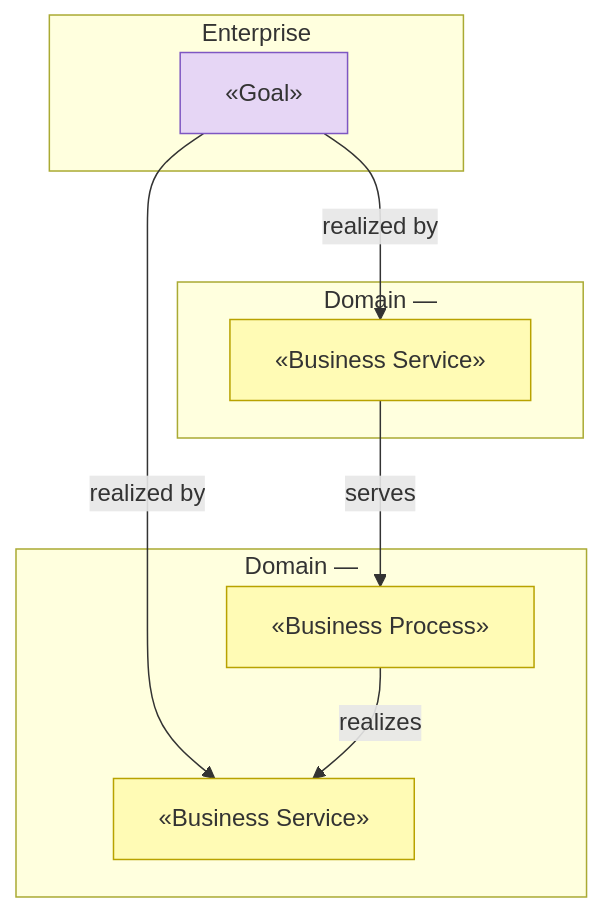
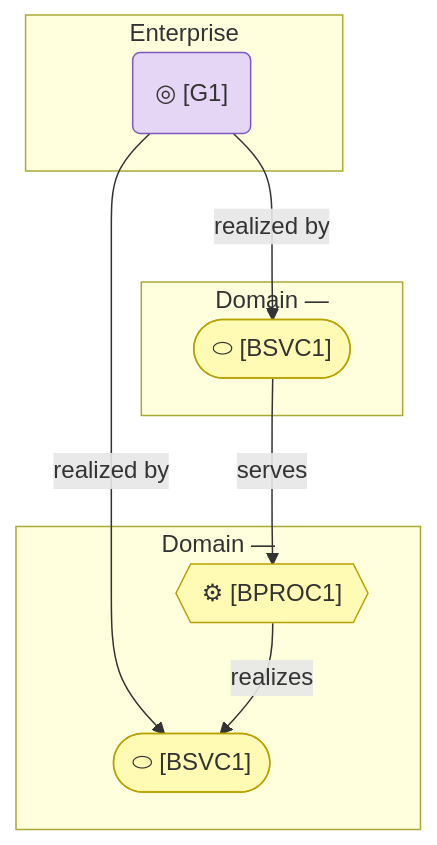
One commit to roanboc/architecture-archreator changed the diagram in .claude/skills/project-bootstrap/templates/architecture/domains/README.md. Above: the diagram before and after it, drawn with Mermaid. The commit also changed 19 other files, not shown here.

First line of the commit message:
feat: levels, macro categories, and quieter diagrams

````diff
--- a/.claude/skills/project-bootstrap/templates/architecture/domains/README.md
+++ b/.claude/skills/project-bootstrap/templates/architecture/domains/README.md
@@ -124,23 +124,23 @@
 ```mermaid
 flowchart TB
   subgraph ENT["Enterprise"]
-    goal["«Goal» <What the whole organization is for>"]:::motivation
+    goal("◎ <What the whole organization is for> [G1]"):::motivation
   end
 
   subgraph D1["Domain — <name>"]
-    d1svc["«Business Service» <Exposed service>"]:::business
+    d1svc(["⬭ <Exposed service> [BSVC1]"]):::business
   end
 
   subgraph D2["Domain — <name>"]
-    d2svc["«Business Service» <Exposed service>"]:::business
-    d2proc["«Business Process» <Internal — not exposed>"]:::business
+    d2svc(["⬭ <Exposed service> [BSVC1]"]):::business
+    d2proc{{"⚙ <Internal — not exposed> [BPROC1]"}}:::business
   end
 
   goal -->|realized by| d1svc
   goal -->|realized by| d2svc
   d1svc -->|serves| d2proc
   d2proc -->|realizes| d2svc
 
   classDef motivation fill:#e6d6f5,stroke:#7e57c2,color:#333
   classDef business fill:#fffbb5,stroke:#b8a200,color:#333
 ```
````
